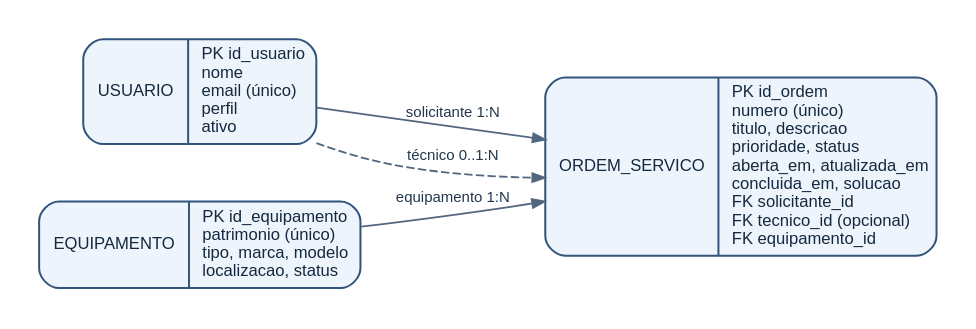
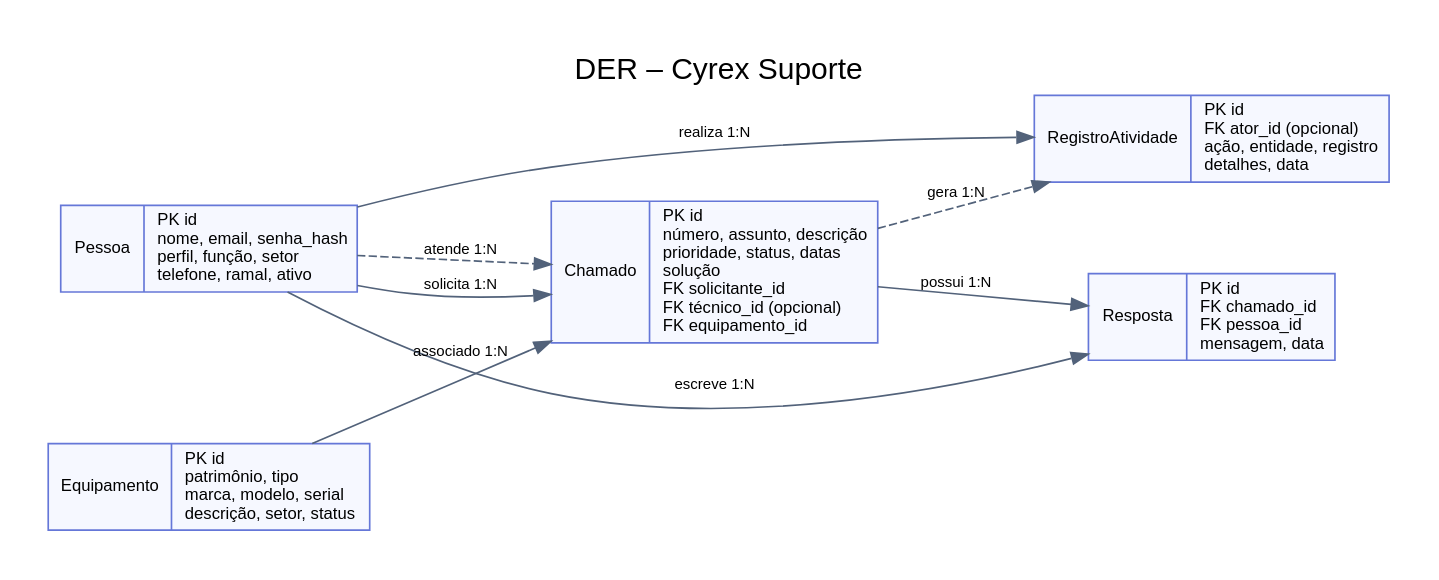
One commit to Hian0liveira/scmc-sistema-chamados changed the diagram in docs/diagramas/der.dot. Above: the diagram before and after it, drawn with Graphviz. The commit also changed 27 other files, not shown here.

```diff
--- a/docs/diagramas/der.dot
+++ b/docs/diagramas/der.dot
@@ -1,1 +1,1 @@
-digraph G { graph [fontname="Arial",fontsize=11,bgcolor="white",pad="0.22",nodesep="0.45",ranksep="0.55"]; node [fontname="Arial",fontsize=10,color="#31547a",fontcolor="#15283e",style="rounded,filled",fillcolor="#edf4fb",penwidth=1.2]; edge [fontname="Arial",fontsize=9,color="#52677e",fontcolor="#24384d",penwidth=1.1,arrowsize=.75]; rankdir=LR; Usuario [shape=record,label="{USUARIO|PK id_usuario\lnome\lemail (único)\lperfil\lativo\l}"]; Ordem [shape=record,label="{ORDEM_SERVICO|PK id_ordem\lnumero (único)\ltitulo, descricao\lprioridade, status\laberta_em, atualizada_em\lconcluida_em, solucao\lFK solicitante_id\lFK tecnico_id (opcional)\lFK equipamento_id\l}"]; Equip [shape=record,label="{EQUIPAMENTO|PK id_equipamento\lpatrimonio (único)\ltipo, marca, modelo\llocalizacao, status\l}"]; Usuario -> Ordem [label="solicitante 1:N"]; Usuario -> Ordem [label="técnico 0..1:N",style=dashed]; Equip -> Ordem [label="equipamento 1:N"]; }
+digraph CyrexDER { graph [rankdir=LR, bgcolor="white", pad=0.3, nodesep=0.55, ranksep=0.7, fontname="Arial", label="DER – Cyrex Suporte", labelloc=t, fontsize=18]; node [shape=record, fontname="Arial", fontsize=10, style="filled", fillcolor="#f6f8ff", color="#6577d8"]; edge [fontname="Arial", fontsize=9, color="#52627a"]; Pessoa [label="{Pessoa|PK id\lnome, email, senha_hash\lperfil, função, setor\ltelefone, ramal, ativo\l}"]; Equipamento [label="{Equipamento|PK id\lpatrimônio, tipo\lmarca, modelo, serial\ldescrição, setor, status\l}"]; Chamado [label="{Chamado|PK id\lnúmero, assunto, descrição\lprioridade, status, datas\lsolução\lFK solicitante_id\lFK técnico_id (opcional)\lFK equipamento_id\l}"]; Resposta [label="{Resposta|PK id\lFK chamado_id\lFK pessoa_id\lmensagem, data\l}"]; Registro [label="{RegistroAtividade|PK id\lFK ator_id (opcional)\lação, entidade, registro\ldetalhes, data\l}"]; Pessoa -> Chamado [label="solicita 1:N"]; Pessoa -> Chamado [label="atende 1:N", style=dashed]; Equipamento -> Chamado [label="associado 1:N"]; Chamado -> Resposta [label="possui 1:N"]; Pessoa -> Resposta [label="escreve 1:N"]; Pessoa -> Registro [label="realiza 1:N"]; Chamado -> Registro [label="gera 1:N", style=dashed]; }
```
